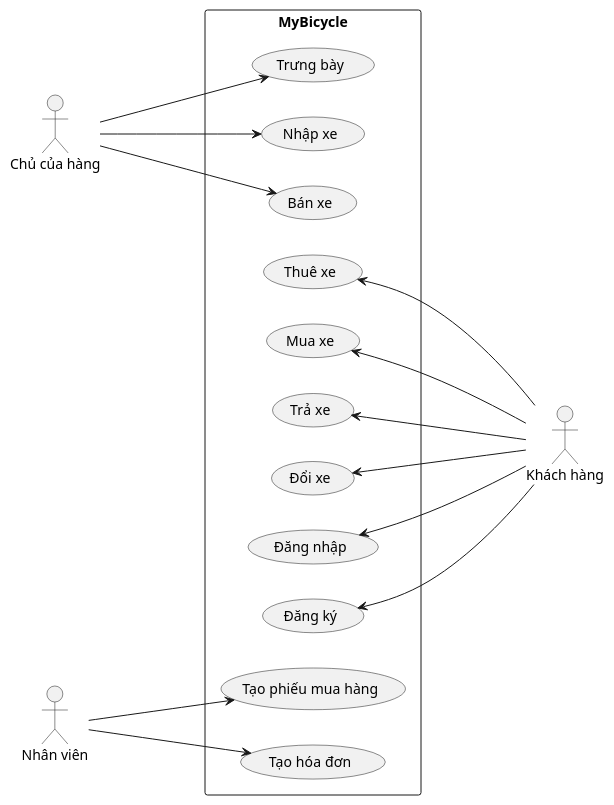
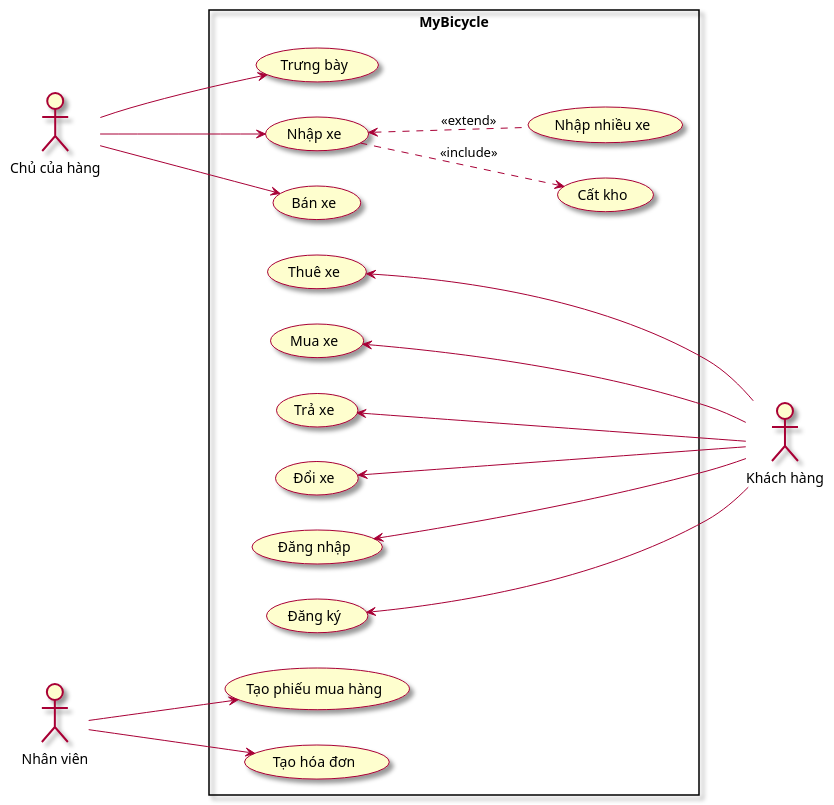
Before and after one commit to Marowota/SE100-plantuml: the diagram in excercise/uc.puml, drawn with PlantUML. The commit also changed other lines of this file, not shown here.

```diff
--- a/excercise/uc.puml
+++ b/excercise/uc.puml
@@ -1,38 +1,44 @@
 @startuml MyBicycle
-
+skin rose
 left to right direction
 
 actor "Chủ của hàng" as owner
 actor "Khách hàng" as customer
 actor "Nhân viên" as staff
 
 rectangle MyBicycle {
     usecase "Trưng bày" as trungBay
     usecase "Nhập xe" as nhapXe
     usecase "Bán xe" as banXe
     usecase "Thuê xe" as thueXe
     usecase "Mua xe" as muaXe
     usecase "Trả xe" as traXe
     usecase "Đổi xe" as doiXe
     usecase "Đăng nhập" as dangNhap
     usecase "Đăng ký" as dangKy
     usecase "Tạo phiếu mua hàng" as taoPhieuMuaHang
     usecase "Tạo hóa đơn" as taoHoaDon
+    usecase "Cất kho" as catKho
+    usecase "Nhập nhiều xe" as nhapNhieuXe
 }
 
 owner ---> (nhapXe)
+(nhapXe) ..> (catKho): <<include>>
+(nhapXe) <.. (nhapNhieuXe): <<extend>>
 owner --> (banXe)
 owner ---> (trungBay)
 
 (thueXe) <--- customer
 (muaXe) <--- customer
 (traXe) <--- customer
 (doiXe) <--- customer
 (dangKy) <-- customer
 (dangNhap) <--- customer
 
 staff ---> (taoPhieuMuaHang)
 staff ---> (taoHoaDon)
 
 
+
+
 @enduml
```
